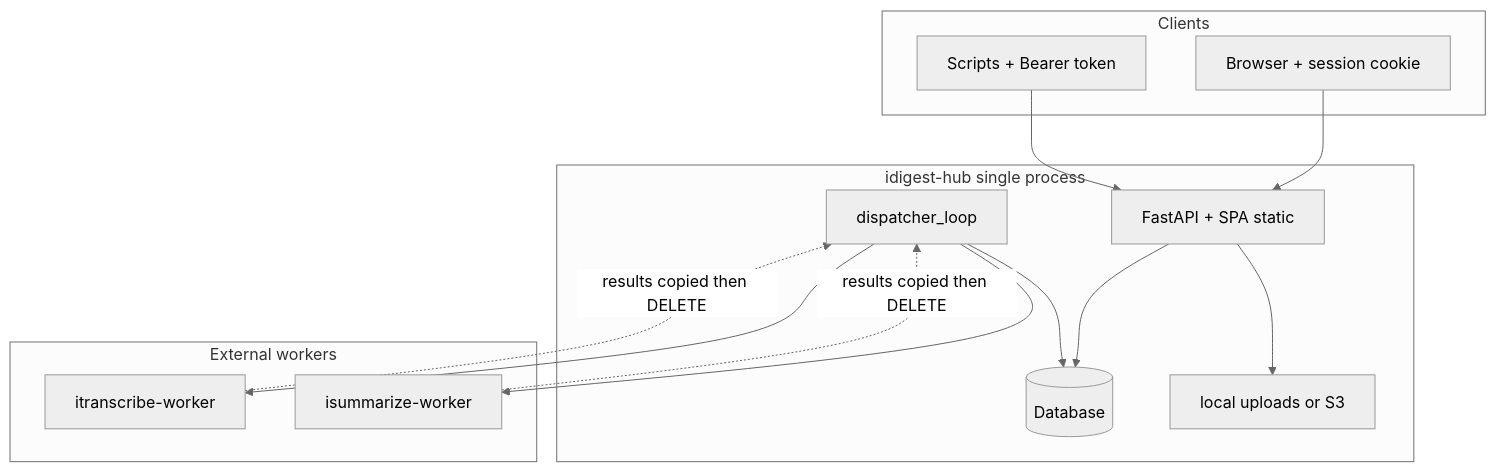
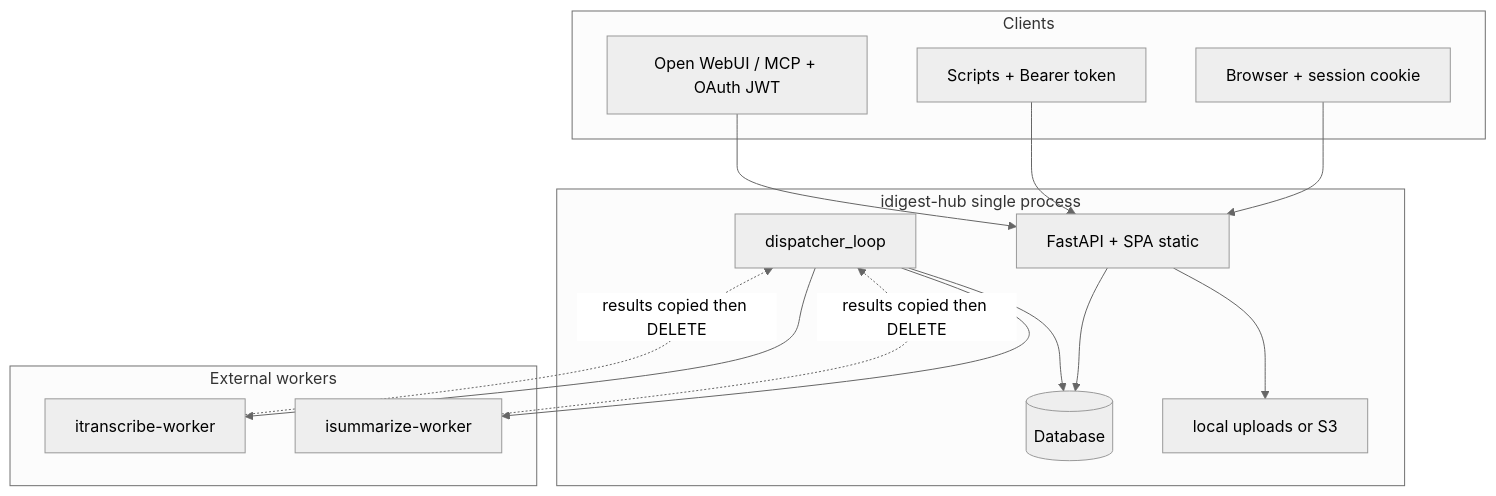
Before and after one commit to dude75/idigest-hub: the diagram in docs/en/architecture/overview.md, drawn with Mermaid (neutral theme). The commit also changed other lines of this file and 38 other files, not shown here.

Commit message:
Document the MCP tool catalog and OAuth provider across EN/RU docs.

````diff
--- a/docs/en/architecture/overview.md
+++ b/docs/en/architecture/overview.md
@@ -16,29 +17,31 @@
 ```mermaid
 flowchart TB
   subgraph clients [Clients]
     Browser[Browser + session cookie]
     API[Scripts + Bearer token]
+    MCP[Open WebUI / MCP + OAuth JWT]
   end
 
   subgraph hub [idigest-hub single process]
     FastAPI[FastAPI + SPA static]
     Dispatch[dispatcher_loop]
     DB[(Database)]
     FS[local uploads or S3]
   end
 
   subgraph workers [External workers]
     TW[itranscribe-worker]
     SW[isummarize-worker]
   end
 
   Browser --> FastAPI
   API --> FastAPI
+  MCP --> FastAPI
   FastAPI --> DB
   FastAPI --> FS
   Dispatch --> DB
   Dispatch --> TW
   Dispatch --> SW
   TW -.->|results copied then DELETE| Dispatch
   SW -.->|results copied then DELETE| Dispatch
 ```
````
